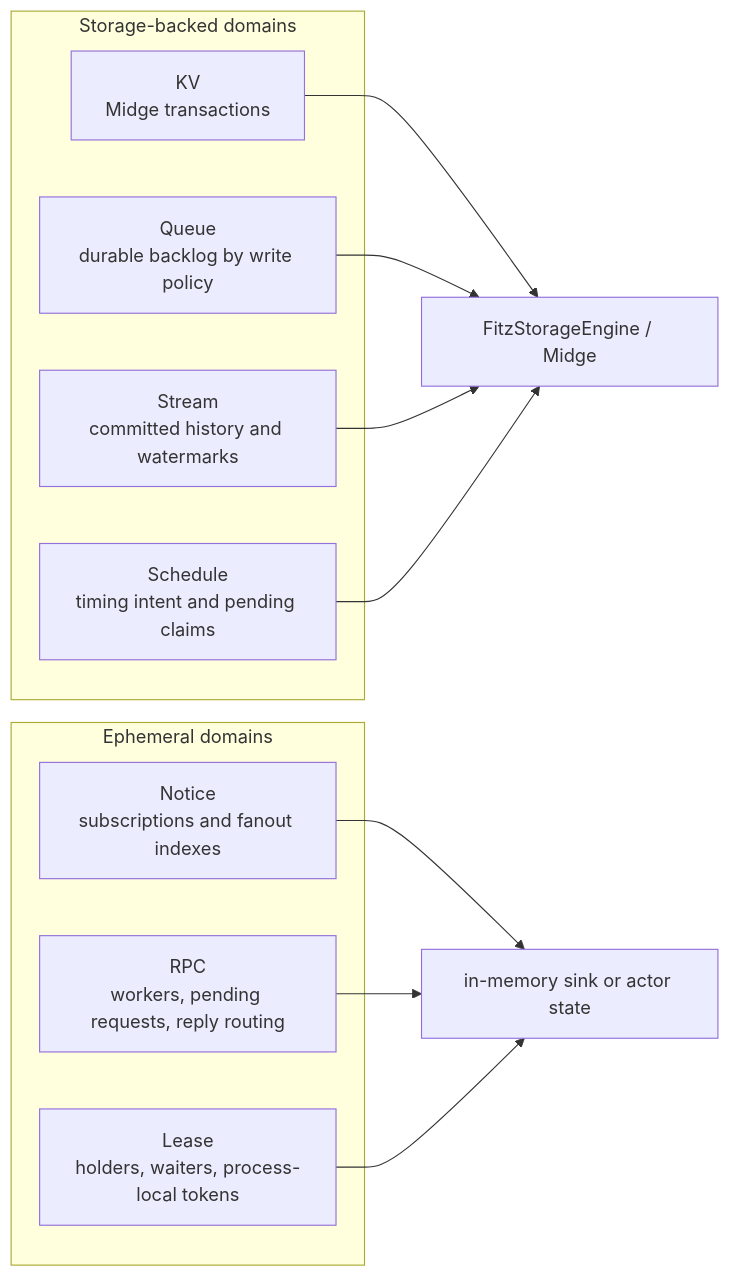
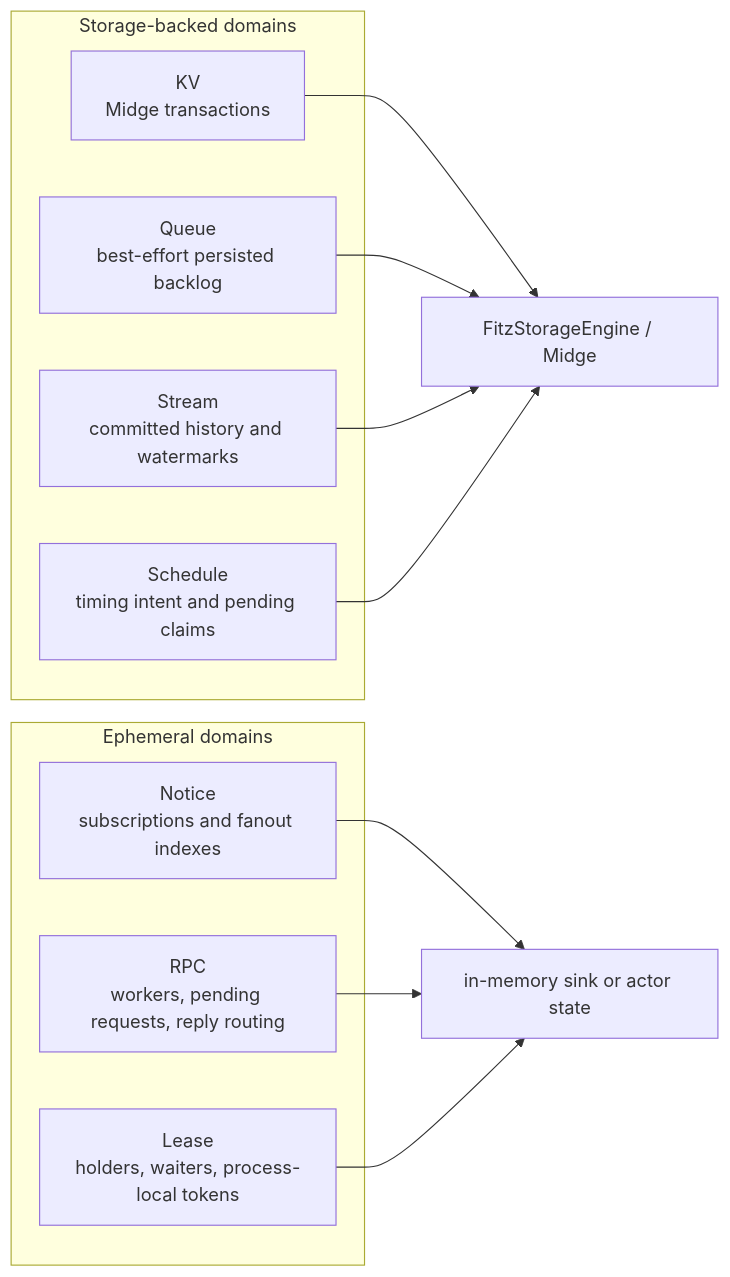
One commit to cntryl/fitz changed the third of 4 diagrams in docs/development/code-architecture-domain-patterns.md. Above: the diagram before and after it, drawn with Mermaid. The commit also changed 26 other files, not shown here.

Commit message:
Clarify best-effort Queue contracts and exercise historical WAL retirement

````diff
--- a/docs/development/code-architecture-domain-patterns.md
+++ b/docs/development/code-architecture-domain-patterns.md
@@ -95,23 +95,23 @@
 ```mermaid
 flowchart LR
     subgraph STORAGEBACKED["Storage-backed domains"]
         KV["KV<br/>Midge transactions"]
-        QUEUE["Queue<br/>durable backlog by write policy"]
+        QUEUE["Queue<br/>best-effort persisted backlog"]
         STREAM["Stream<br/>committed history and watermarks"]
         SCHEDULE["Schedule<br/>timing intent and pending claims"]
     end
 
     subgraph EPHEMERAL["Ephemeral domains"]
         NOTICE["Notice<br/>subscriptions and fanout indexes"]
         RPC["RPC<br/>workers, pending requests, reply routing"]
         LEASE["Lease<br/>holders, waiters, process-local tokens"]
     end
 
     KV --> STORAGE["FitzStorageEngine / Midge"]
     QUEUE --> STORAGE
     STREAM --> STORAGE
     SCHEDULE --> STORAGE
     NOTICE --> MEMORY["in-memory sink or actor state"]
     RPC --> MEMORY
     LEASE --> MEMORY
 ```
````
